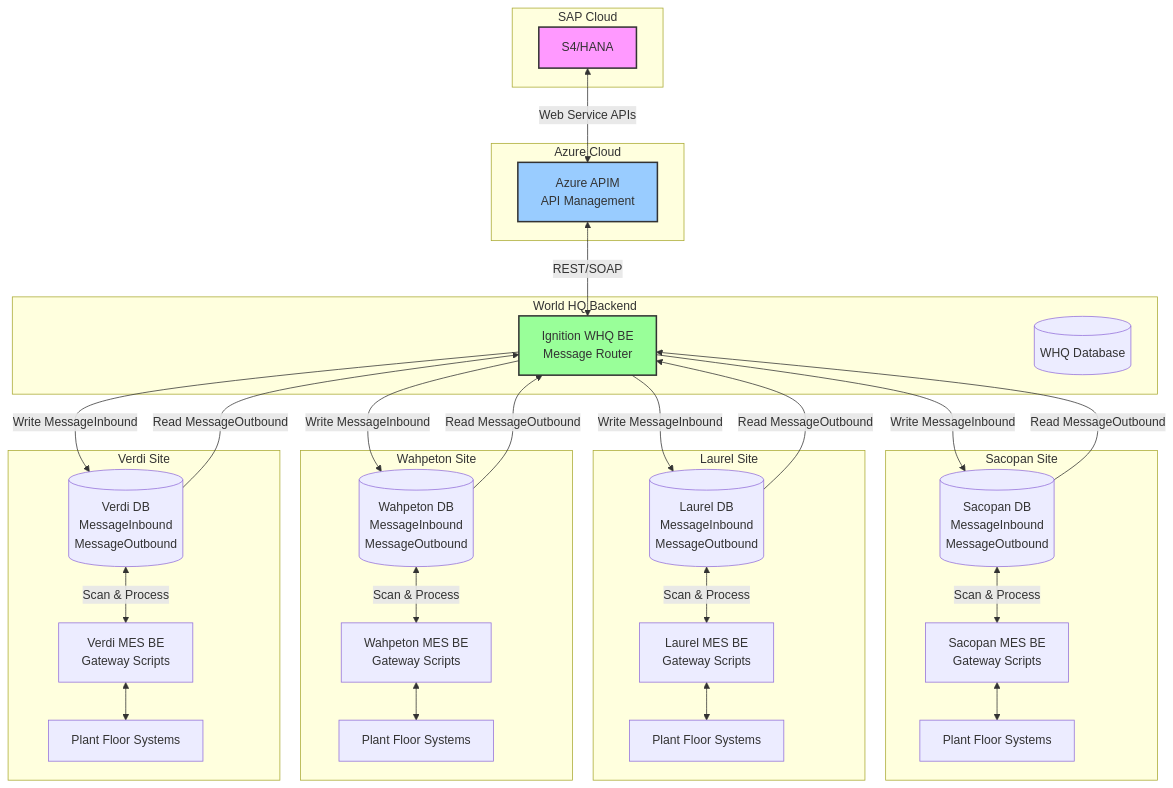
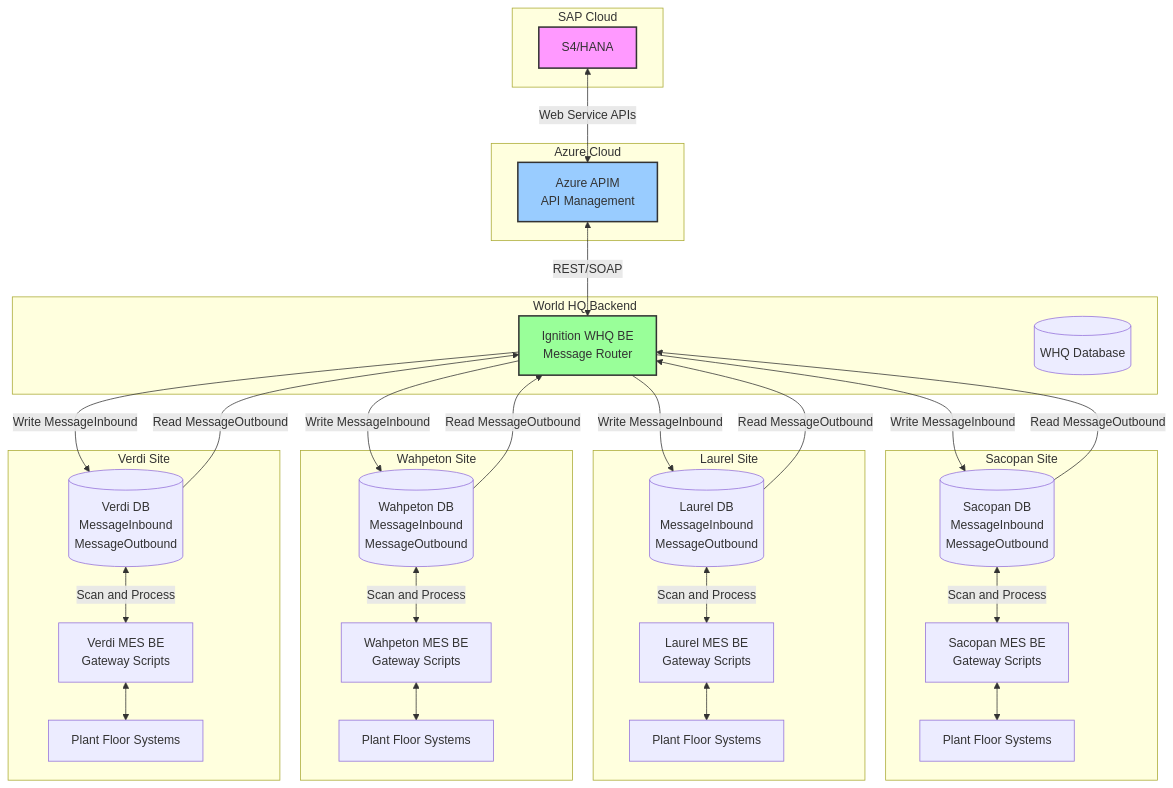
The first of 2 diagrams in Proposal/SAP_S4HANA_Integration_Proposal.md (grantek-systems-integration/Owens-Corning-Project-Phoenix), drawn with Mermaid before and after one commit. The commit also changed other lines of this file and 3 other files, not shown here.

````diff
--- a/Proposal/SAP_S4HANA_Integration_Proposal.md
+++ b/Proposal/SAP_S4HANA_Integration_Proposal.md
@@ -26,66 +26,66 @@
 ```mermaid
 graph TB
-    subgraph "SAP Cloud"
+    subgraph SAP_Cloud["SAP Cloud"]
         S4[S4/HANA]
     end
     
-    subgraph "Azure Cloud"
-        APIM[Azure APIM<br/>API Management]
+    subgraph Azure_Cloud["Azure Cloud"]
+        APIM["Azure APIM<br/>API Management"]
     end
     
-    subgraph "World HQ Backend"
-        WHQ[Ignition WHQ BE<br/>Message Router]
-        WHQDB[(WHQ Database)]
+    subgraph World_HQ["World HQ Backend"]
+        WHQ["Ignition WHQ BE<br/>Message Router"]
+        WHQDB[("WHQ Database")]
     end
     
-    subgraph "Sacopan Site"
-        SDB[(Sacopan DB<br/>MessageInbound<br/>MessageOutbound)]
-        SMES[Sacopan MES BE<br/>Gateway Scripts]
-        SPF[Plant Floor Systems]
+    subgraph Sacopan_Site["Sacopan Site"]
+        SDB[("Sacopan DB<br/>MessageInbound<br/>MessageOutbound")]
+        SMES["Sacopan MES BE<br/>Gateway Scripts"]
+        SPF["Plant Floor Systems"]
     end
     
-    subgraph "Laurel Site"
-        LDB[(Laurel DB<br/>MessageInbound<br/>MessageOutbound)]
-        LMES[Laurel MES BE<br/>Gateway Scripts]
-        LPF[Plant Floor Systems]
+    subgraph Laurel_Site["Laurel Site"]
+        LDB[("Laurel DB<br/>MessageInbound<br/>MessageOutbound")]
+        LMES["Laurel MES BE<br/>Gateway Scripts"]
+        LPF["Plant Floor Systems"]
     end
     
-    subgraph "Wahpeton Site"
-        WDB[(Wahpeton DB<br/>MessageInbound<br/>MessageOutbound)]
-        WMES[Wahpeton MES BE<br/>Gateway Scripts]
-        WPF[Plant Floor Systems]
+    subgraph Wahpeton_Site["Wahpeton Site"]
+        WDB[("Wahpeton DB<br/>MessageInbound<br/>MessageOutbound")]
+        WMES["Wahpeton MES BE<br/>Gateway Scripts"]
+        WPF["Plant Floor Systems"]
     end
     
-    subgraph "Verdi Site"
-        VDB[(Verdi DB<br/>MessageInbound<br/>MessageOutbound)]
-        VMES[Verdi MES BE<br/>Gateway Scripts]
-        VPF[Plant Floor Systems]
+    subgraph Verdi_Site["Verdi Site"]
+        VDB[("Verdi DB<br/>MessageInbound<br/>MessageOutbound")]
+        VMES["Verdi MES BE<br/>Gateway Scripts"]
+        VPF["Plant Floor Systems"]
     end
     
-    S4 <--> |Web Service APIs| APIM
-    APIM <--> |REST/SOAP| WHQ
+    S4 <--> |"Web Service APIs"| APIM
+    APIM <--> |"REST/SOAP"| WHQ
     
-    WHQ --> |Write MessageInbound| SDB
-    WHQ --> |Write MessageInbound| LDB
-    WHQ --> |Write MessageInbound| WDB
-    WHQ --> |Write MessageInbound| VDB
+    WHQ --> |"Write MessageInbound"| SDB
+    WHQ --> |"Write MessageInbound"| LDB
+    WHQ --> |"Write MessageInbound"| WDB
+    WHQ --> |"Write MessageInbound"| VDB
     
-    SDB <--> |Scan & Process| SMES
-    LDB <--> |Scan & Process| LMES
-    WDB <--> |Scan & Process| WMES
-    VDB <--> |Scan & Process| VMES
+    SDB <--> |"Scan and Process"| SMES
+    LDB <--> |"Scan and Process"| LMES
+    WDB <--> |"Scan and Process"| WMES
+    VDB <--> |"Scan and Process"| VMES
     
     SMES <--> SPF
     LMES <--> LPF
     WMES <--> WPF
     VMES <--> VPF
     
-    SDB --> |Read MessageOutbound| WHQ
-    LDB --> |Read MessageOutbound| WHQ
-    WDB --> |Read MessageOutbound| WHQ
-    VDB --> |Read MessageOutbound| WHQ
+    SDB --> |"Read MessageOutbound"| WHQ
+    LDB --> |"Read MessageOutbound"| WHQ
+    WDB --> |"Read MessageOutbound"| WHQ
+    VDB --> |"Read MessageOutbound"| WHQ
     
-    style S4 fill:#f9f,stroke:#333,stroke-width:2px
-    style APIM fill:#9cf,stroke:#333,stroke-width:2px
-    style WHQ fill:#9f9,stroke:#333,stroke-width:2px
+    style S4 fill:#ff99ff,stroke:#333,stroke-width:2px
+    style APIM fill:#99ccff,stroke:#333,stroke-width:2px
+    style WHQ fill:#99ff99,stroke:#333,stroke-width:2px
 ```
````
